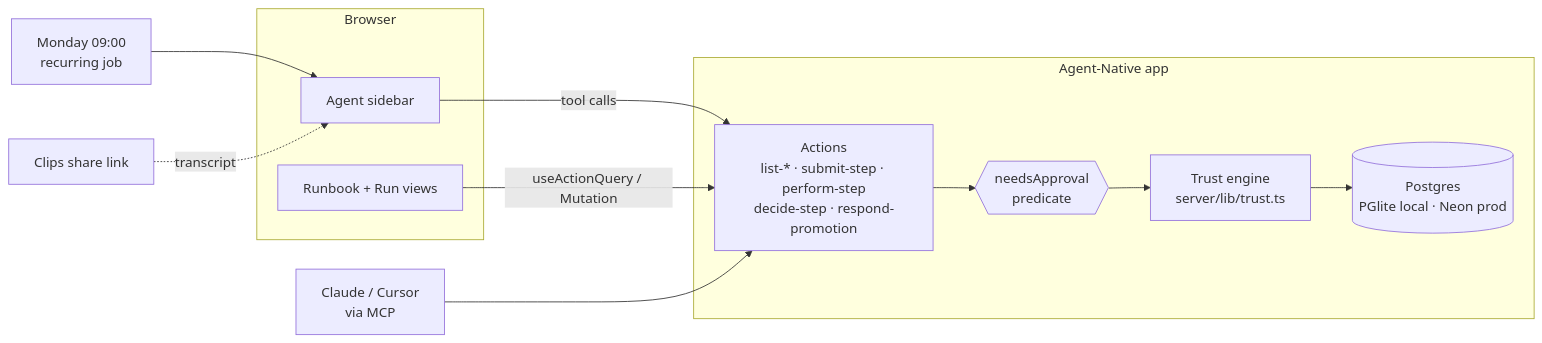
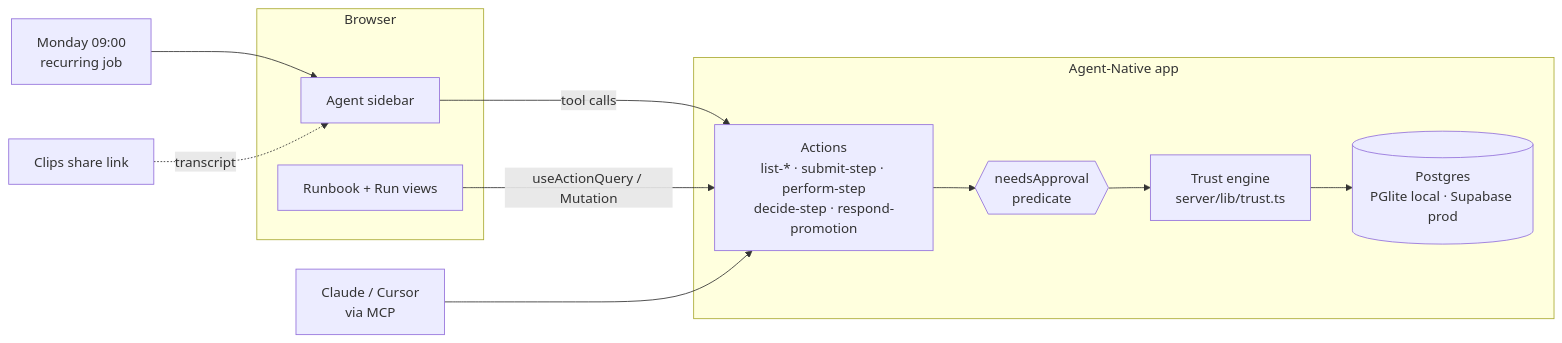
The first of 2 diagrams in ARCHITECTURE.md (techbone/understudy), drawn with Mermaid before and after one commit. The commit also changed other lines of this file and 4 other files, not shown here.

Commit message:
docs: judge-facing readme, submission paragraph, fix stale architecture notes

````diff
--- a/ARCHITECTURE.md
+++ b/ARCHITECTURE.md
@@ -37,23 +37,23 @@
 ```mermaid
 flowchart LR
   subgraph Browser
     UI[Runbook + Run views]
     Chat[Agent sidebar]
   end
   subgraph Agent-Native app
     A[Actions<br/>list-* · submit-step · perform-step<br/>decide-step · respond-promotion]
     G{{needsApproval<br/>predicate}}
     L[Trust engine<br/>server/lib/trust.ts]
-    DB[(Postgres<br/>PGlite local · Neon prod)]
+    DB[(Postgres<br/>PGlite local · Supabase prod)]
   end
   MCP[Claude / Cursor<br/>via MCP]
   Job[Monday 09:00<br/>recurring job]
   Clip[Clips share link]
 
   Chat -- tool calls --> A
   UI -- useActionQuery / Mutation --> A
   MCP --> A
   Job --> Chat
   A --> G --> L --> DB
   Clip -. transcript .-> Chat
 ```
````
